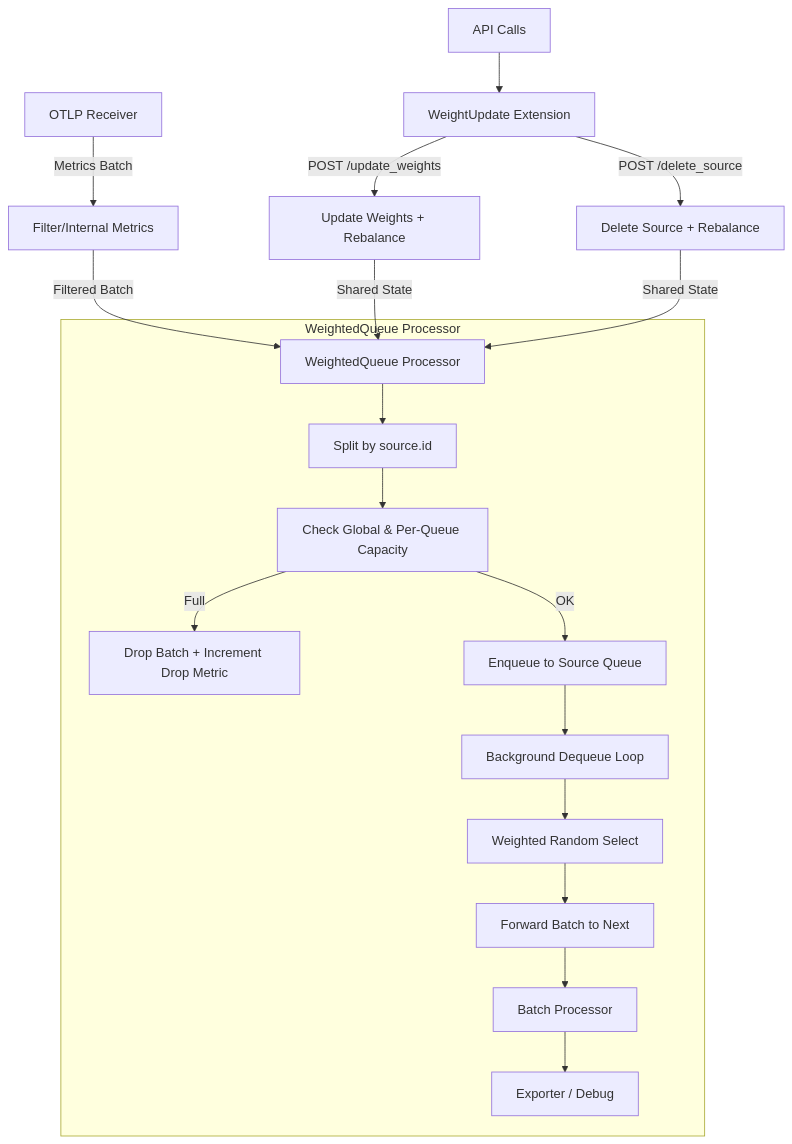
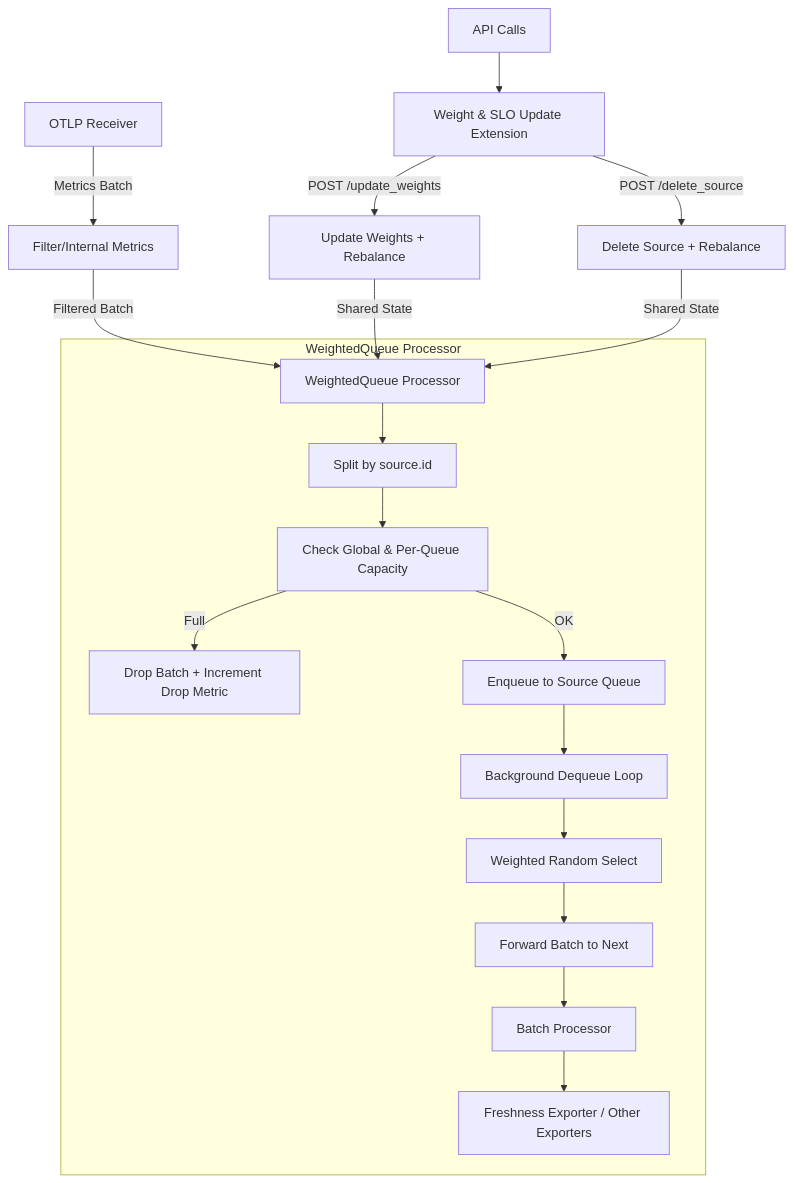
Before and after one commit to Observability-System/otel-prioqueue-collector: the diagram in README.md, drawn with Mermaid. The commit also changed other lines of this file and 11 other files, not shown here.

First line of the commit message:
feat: Add Freshness Exporter and SLO management to Weight Update Extension

````diff
--- a/README.md
+++ b/README.md
@@ -175,25 +241,25 @@
 ```mermaid
 flowchart TD
     A[OTLP Receiver] -->|Metrics Batch| B[Filter/Internal Metrics]
     B -->|Filtered Batch| C[WeightedQueue Processor]
     
     subgraph WeightedQueue Processor
         C --> D[Split by source.id]
         D --> E[Check Global & Per-Queue Capacity]
         E -->|Full| F[Drop Batch + Increment Drop Metric]
         E -->|OK| G[Enqueue to Source Queue]
         G --> H[Background Dequeue Loop]
         H --> I[Weighted Random Select]
         I --> J[Forward Batch to Next]
         J --> K[Batch Processor]
-        K --> L[Exporter / Debug]
+        K --> L[Freshness Exporter / Other Exporters]
     end
     
-    M[WeightUpdate Extension]
+    M[Weight & SLO Update Extension]
     M -->|POST /update_weights| N[Update Weights + Rebalance]
     M -->|POST /delete_source| O[Delete Source + Rebalance]
     N -->|Shared State| C
     O -->|Shared State| C
     
     P[API Calls] --> M
 ```
````
